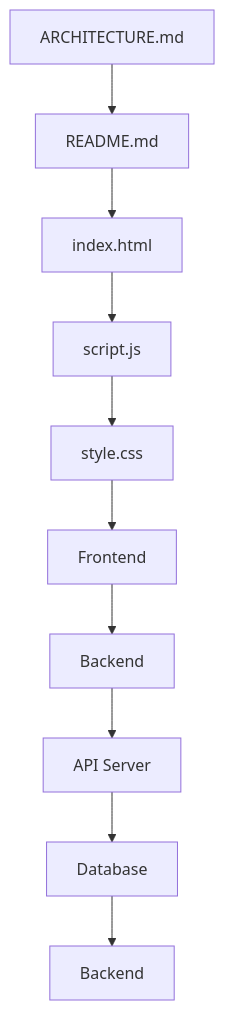
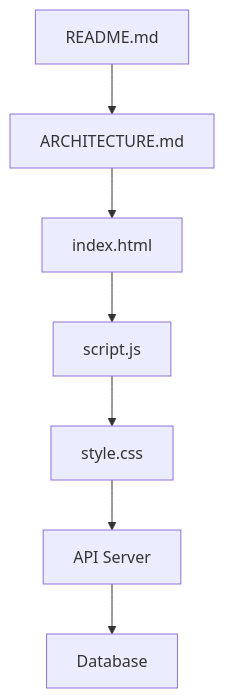
One commit to nirzaraghure/qr-code-generator changed the diagram in ARCHITECTURE.md. Above: the diagram before and after it, drawn with Mermaid.

Commit message:
🤖 GitGenius: AI-generated code fix

````diff
--- a/ARCHITECTURE.md
+++ b/ARCHITECTURE.md
@@ -3,12 +3,9 @@
 ```mermaid
 graph TD
-    A[ARCHITECTURE.md] --> B[README.md]
+    A[README.md] --> B[ARCHITECTURE.md]
     B --> C[index.html]
     C --> D[script.js]
     D --> E[style.css]
-    E --> F[Frontend]
-    F --> G[Backend]
-    G --> H[API Server]
-    H --> I[Database]
-    I --> J[Backend]
+    E --> F[API Server]
+    F --> G[Database]
 ```
````
